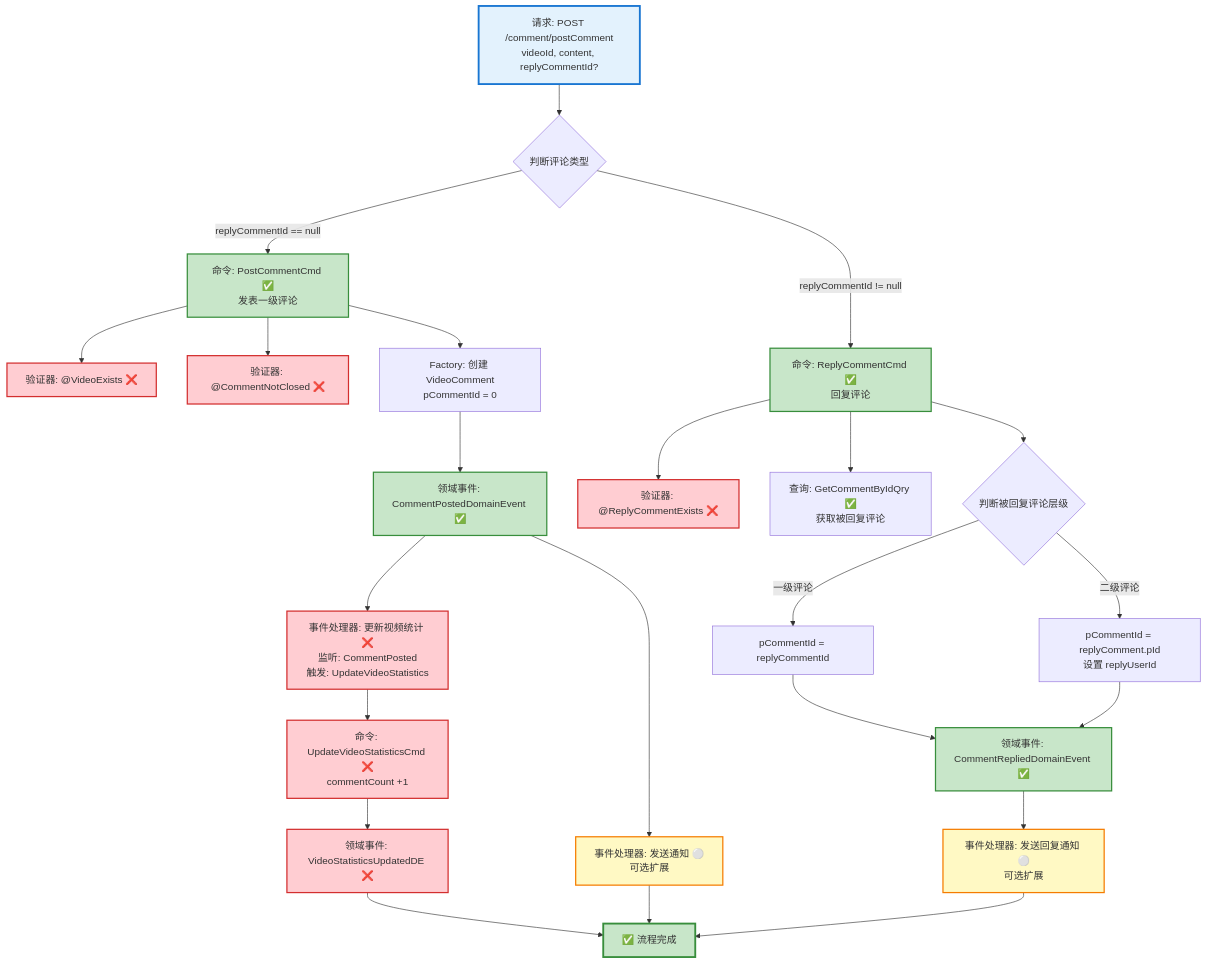
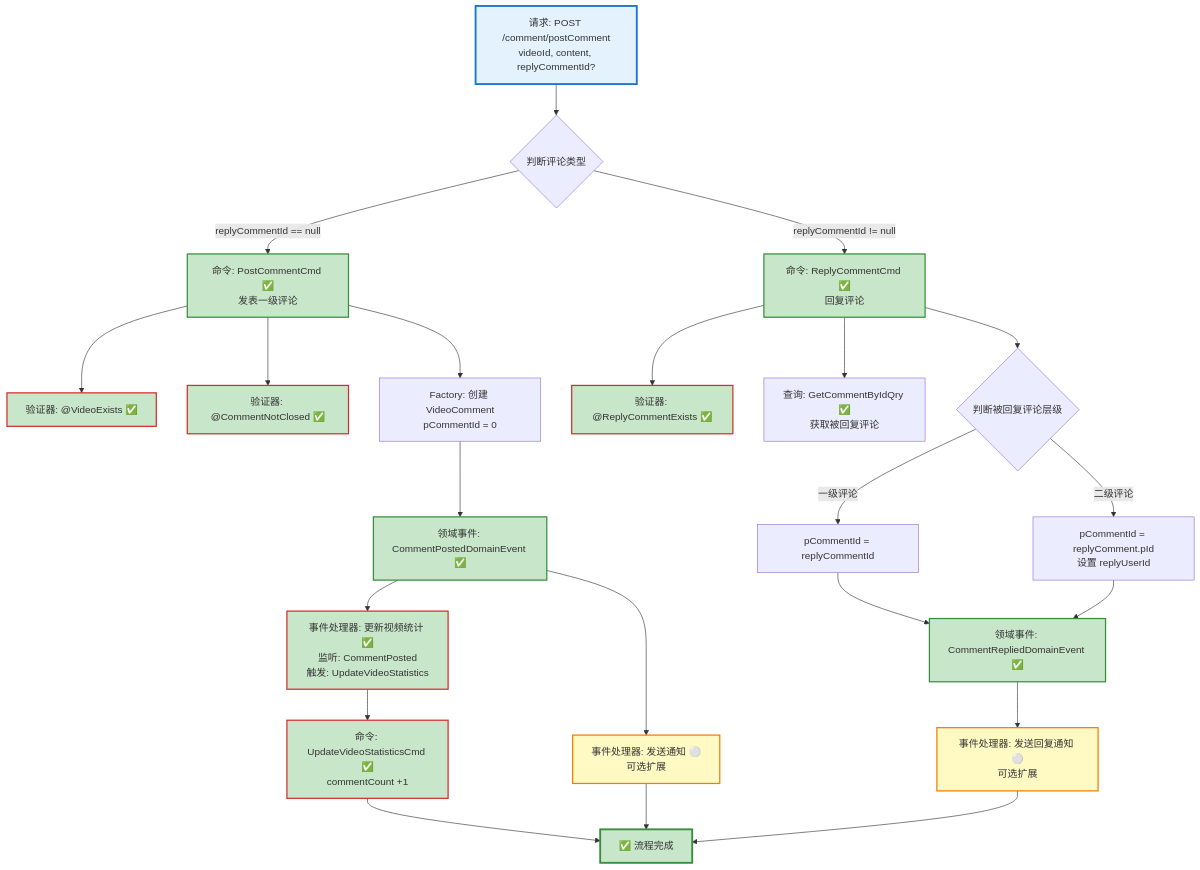
One commit to LDmoxeii/only-danmuku changed the diagram in design/requirements/comment_post_flow.md. Above: the diagram before and after it, drawn with Mermaid. The commit also changed other lines of this file and 30 other files, not shown here.

````diff
--- a/design/requirements/comment_post_flow.md
+++ b/design/requirements/comment_post_flow.md
@@ -137,50 +132,48 @@
 ```mermaid
 graph TD
     A[请求: POST /comment/postComment<br/>videoId, content, replyCommentId?] --> B{判断评论类型}
 
     B -->|replyCommentId == null| C1[命令: PostCommentCmd ✅<br/>发表一级评论]
     B -->|replyCommentId != null| C2[命令: ReplyCommentCmd ✅<br/>回复评论]
 
-    C1 --> C1_1[验证器: @VideoExists ❌]
-    C1 --> C1_2[验证器: @CommentNotClosed ❌]
+    C1 --> C1_1[验证器: @VideoExists ✅]
+    C1 --> C1_2[验证器: @CommentNotClosed ✅]
     C1 --> C1_3[Factory: 创建 VideoComment<br/>pCommentId = 0]
 
-    C2 --> C2_1[验证器: @ReplyCommentExists ❌]
+    C2 --> C2_1[验证器: @ReplyCommentExists ✅]
     C2 --> C2_2[查询: GetCommentByIdQry ✅<br/>获取被回复评论]
     C2 --> C2_3{判断被回复评论层级}
 
     C2_3 -->|一级评论| C2_4[pCommentId = replyCommentId]
     C2_3 -->|二级评论| C2_5[pCommentId = replyComment.pId<br/>设置 replyUserId]
 
     C1_3 --> D1[领域事件: CommentPostedDomainEvent ✅]
     C2_4 --> D2[领域事件: CommentRepliedDomainEvent ✅]
     C2_5 --> D2
 
-    D1 --> E1[事件处理器: 更新视频统计 ❌<br/>监听: CommentPosted<br/>触发: UpdateVideoStatistics]
+    D1 --> E1[事件处理器: 更新视频统计 ✅<br/>监听: CommentPosted<br/>触发: UpdateVideoStatistics]
     D1 --> E2[事件处理器: 发送通知 ⚪<br/>可选扩展]
 
     D2 --> E3[事件处理器: 发送回复通知 ⚪<br/>可选扩展]
 
-    E1 --> F[命令: UpdateVideoStatisticsCmd ❌<br/>commentCount +1]
+    E1 --> F[命令: UpdateVideoStatisticsCmd ✅<br/>commentCount +1]
 
-    F --> G[领域事件: VideoStatisticsUpdatedDE ❌]
+    F --> H[✅ 流程完成]
 
-    G --> H[✅ 流程完成]
     E2 --> H
     E3 --> H
 
     style A fill:#E3F2FD,stroke:#1976D2,stroke-width:3px
     style C1 fill:#C8E6C9,stroke:#388E3C,stroke-width:2px
     style C2 fill:#C8E6C9,stroke:#388E3C,stroke-width:2px
     style D1 fill:#C8E6C9,stroke:#388E3C,stroke-width:2px
     style D2 fill:#C8E6C9,stroke:#388E3C,stroke-width:2px
     style H fill:#C8E6C9,stroke:#388E3C,stroke-width:3px
-    style C1_1 fill:#FFCDD2,stroke:#D32F2F,stroke-width:2px
-    style C1_2 fill:#FFCDD2,stroke:#D32F2F,stroke-width:2px
-    style C2_1 fill:#FFCDD2,stroke:#D32F2F,stroke-width:2px
-    style E1 fill:#FFCDD2,stroke:#D32F2F,stroke-width:2px
-    style F fill:#FFCDD2,stroke:#D32F2F,stroke-width:2px
-    style G fill:#FFCDD2,stroke:#D32F2F,stroke-width:2px
+    style C1_1 fill:#C8E6C9,stroke:#D32F2F,stroke-width:2px
+    style C1_2 fill:#C8E6C9,stroke:#D32F2F,stroke-width:2px
+    style C2_1 fill:#C8E6C9,stroke:#D32F2F,stroke-width:2px
+    style E1 fill:#C8E6C9,stroke:#D32F2F,stroke-width:2px
+    style F fill:#C8E6C9,stroke:#D32F2F,stroke-width:2px
     style E2 fill:#FFF9C4,stroke:#F57C00,stroke-width:2px
     style E3 fill:#FFF9C4,stroke:#F57C00,stroke-width:2px
 ```
````
